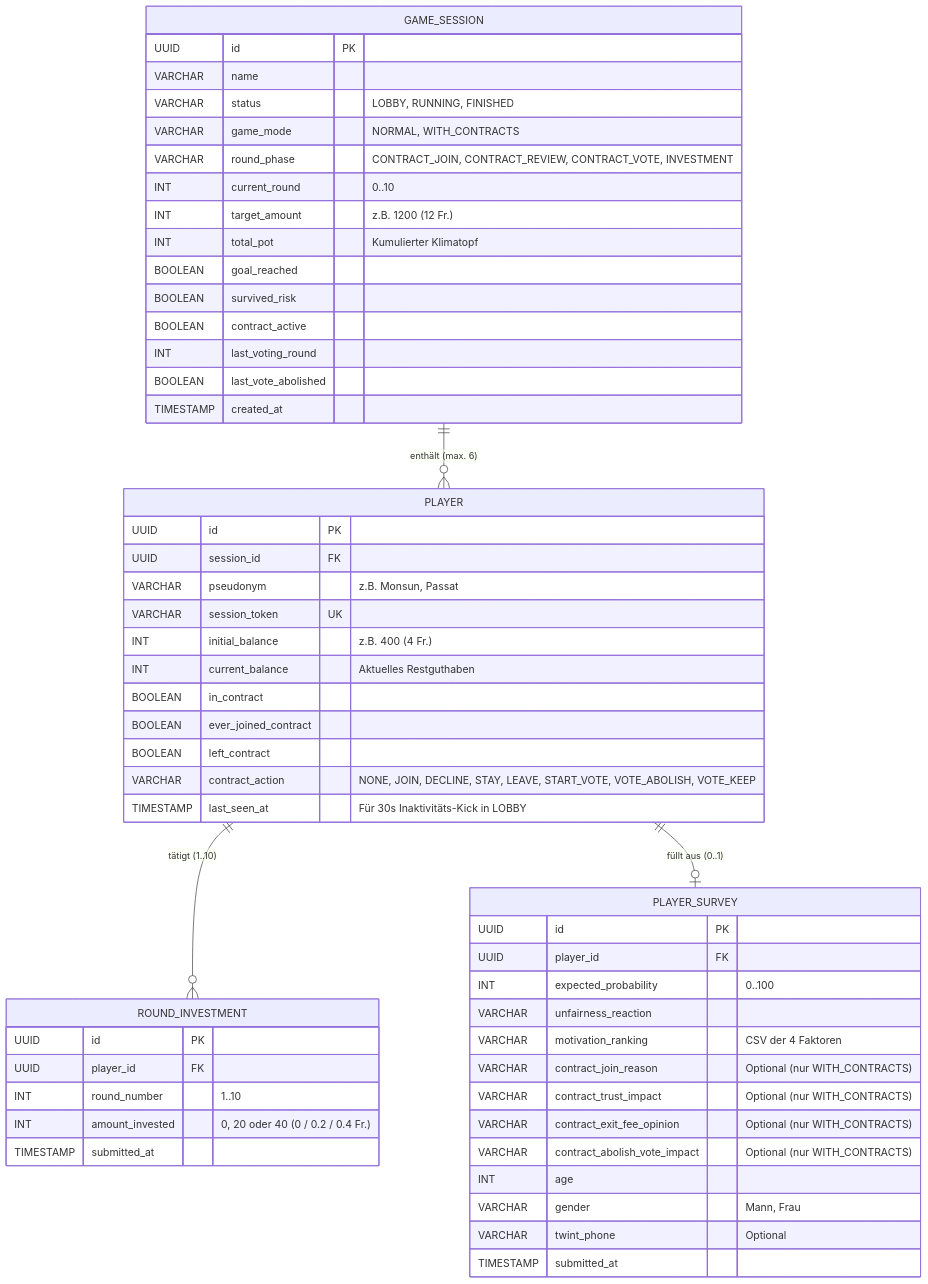
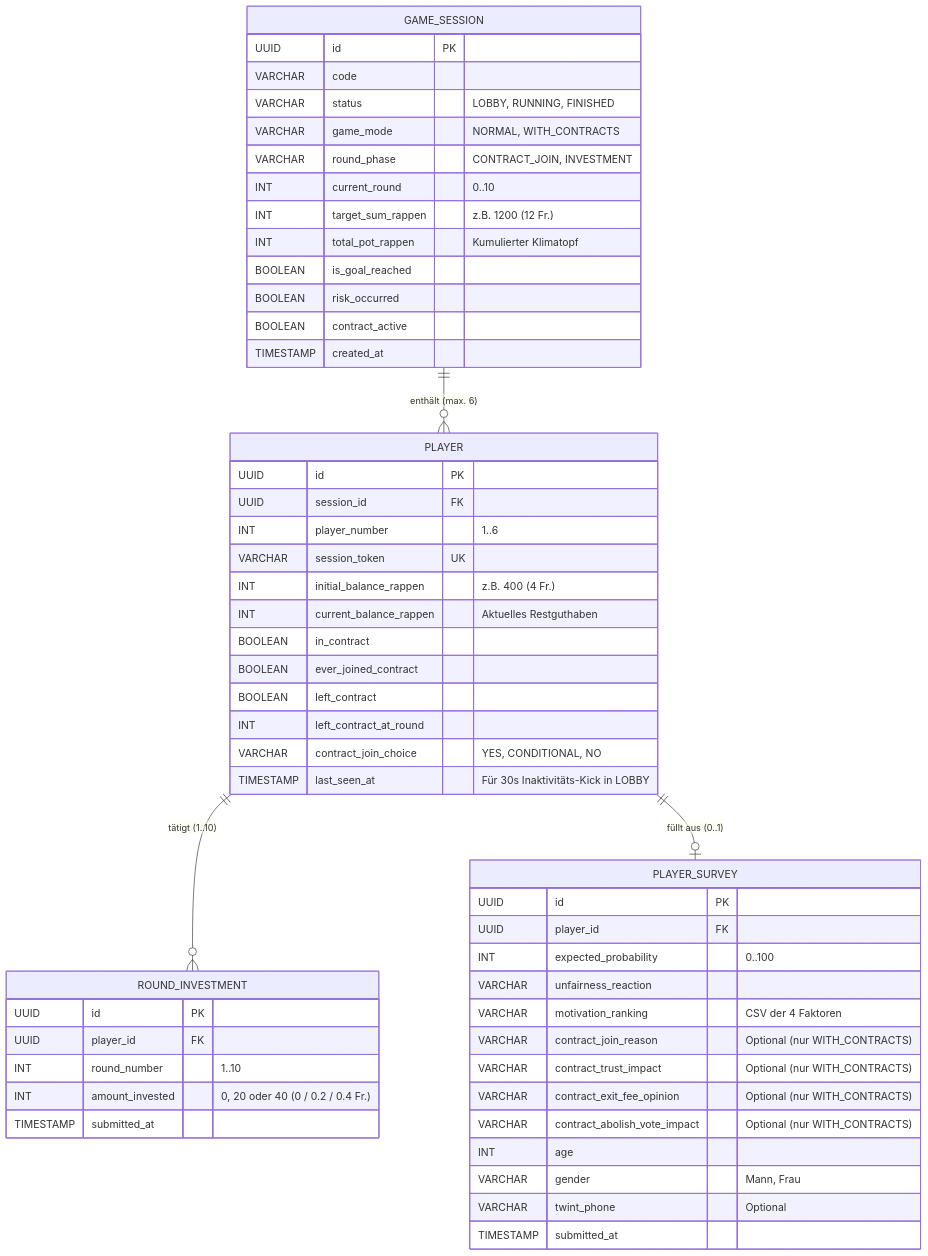
One commit to RomanBerli/climate-crd-game changed the second of 3 diagrams in plan.md. Above: the diagram before and after it, drawn with Mermaid. The commit also changed other lines of this file and 17 other files, not shown here.

````diff
--- a/plan.md
+++ b/plan.md
@@ -54,61 +54,60 @@
 ```mermaid
 erDiagram
     GAME_SESSION ||--o{ PLAYER : "enthält (max. 6)"
     PLAYER ||--o{ ROUND_INVESTMENT : "tätigt (1..10)"
     PLAYER ||--o| PLAYER_SURVEY : "füllt aus (0..1)"
 
     GAME_SESSION {
         UUID id PK
-        VARCHAR name
+        VARCHAR code
         VARCHAR status "LOBBY, RUNNING, FINISHED"
         VARCHAR game_mode "NORMAL, WITH_CONTRACTS"
-        VARCHAR round_phase "CONTRACT_JOIN, CONTRACT_REVIEW, CONTRACT_VOTE, INVESTMENT"
+        VARCHAR round_phase "CONTRACT_JOIN, INVESTMENT"
         INT current_round "0..10"
-        INT target_amount "z.B. 1200 (12 Fr.)"
-        INT total_pot "Kumulierter Klimatopf"
-        BOOLEAN goal_reached
-        BOOLEAN survived_risk
+        INT target_sum_rappen "z.B. 1200 (12 Fr.)"
+        INT total_pot_rappen "Kumulierter Klimatopf"
+        BOOLEAN is_goal_reached
+        BOOLEAN risk_occurred
         BOOLEAN contract_active
-        INT last_voting_round
-        BOOLEAN last_vote_abolished
         TIMESTAMP created_at
     }
 
     PLAYER {
         UUID id PK
         UUID session_id FK
-        VARCHAR pseudonym "z.B. Monsun, Passat"
+        INT player_number "1..6"
         VARCHAR session_token UK
-        INT initial_balance "z.B. 400 (4 Fr.)"
-        INT current_balance "Aktuelles Restguthaben"
+        INT initial_balance_rappen "z.B. 400 (4 Fr.)"
+        INT current_balance_rappen "Aktuelles Restguthaben"
         BOOLEAN in_contract
         BOOLEAN ever_joined_contract
         BOOLEAN left_contract
-        VARCHAR contract_action "NONE, JOIN, DECLINE, STAY, LEAVE, START_VOTE, VOTE_ABOLISH, VOTE_KEEP"
+        INT left_contract_at_round
+        VARCHAR contract_join_choice "YES, CONDITIONAL, NO"
         TIMESTAMP last_seen_at "Für 30s Inaktivitäts-Kick in LOBBY"
     }
 
     ROUND_INVESTMENT {
         UUID id PK
         UUID player_id FK
         INT round_number "1..10"
         INT amount_invested "0, 20 oder 40 (0 / 0.2 / 0.4 Fr.)"
         TIMESTAMP submitted_at
     }
 
     PLAYER_SURVEY {
         UUID id PK
         UUID player_id FK
         INT expected_probability "0..100"
         VARCHAR unfairness_reaction
         VARCHAR motivation_ranking "CSV der 4 Faktoren"
         VARCHAR contract_join_reason "Optional (nur WITH_CONTRACTS)"
         VARCHAR contract_trust_impact "Optional (nur WITH_CONTRACTS)"
         VARCHAR contract_exit_fee_opinion "Optional (nur WITH_CONTRACTS)"
         VARCHAR contract_abolish_vote_impact "Optional (nur WITH_CONTRACTS)"
         INT age
         VARCHAR gender "Mann, Frau"
         VARCHAR twint_phone "Optional"
         TIMESTAMP submitted_at
     }
 ```
````
